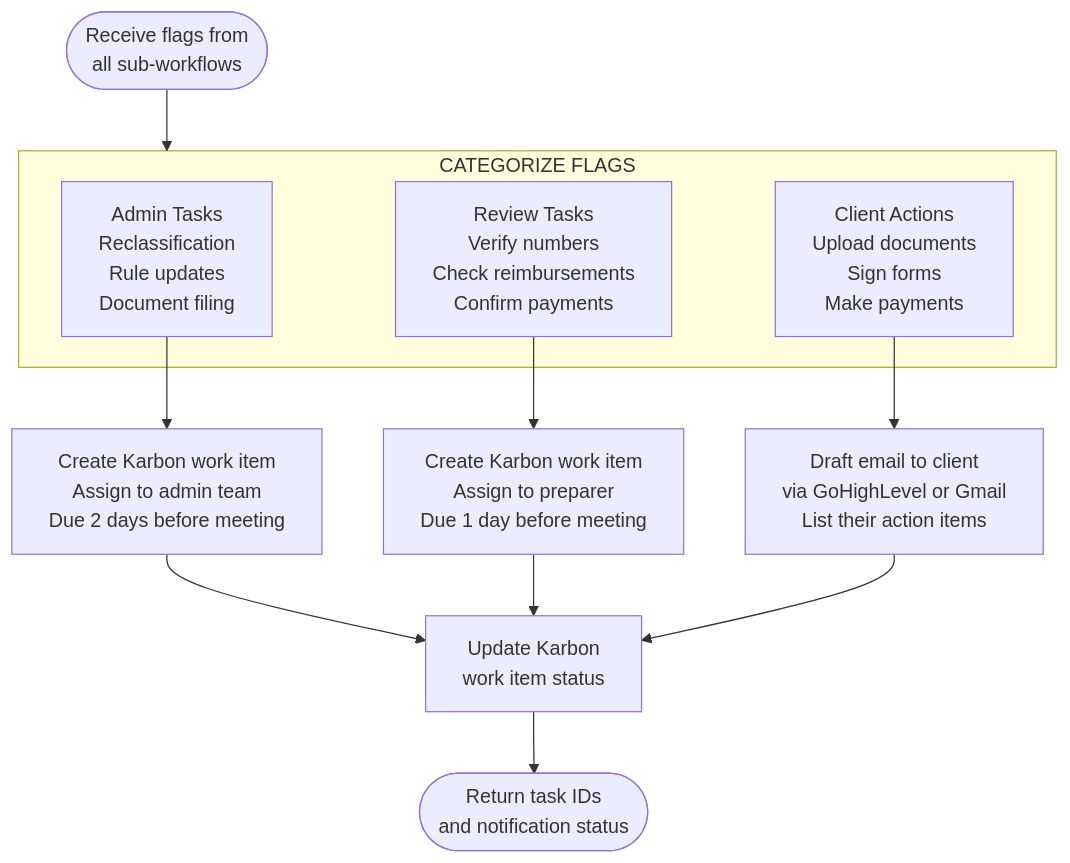
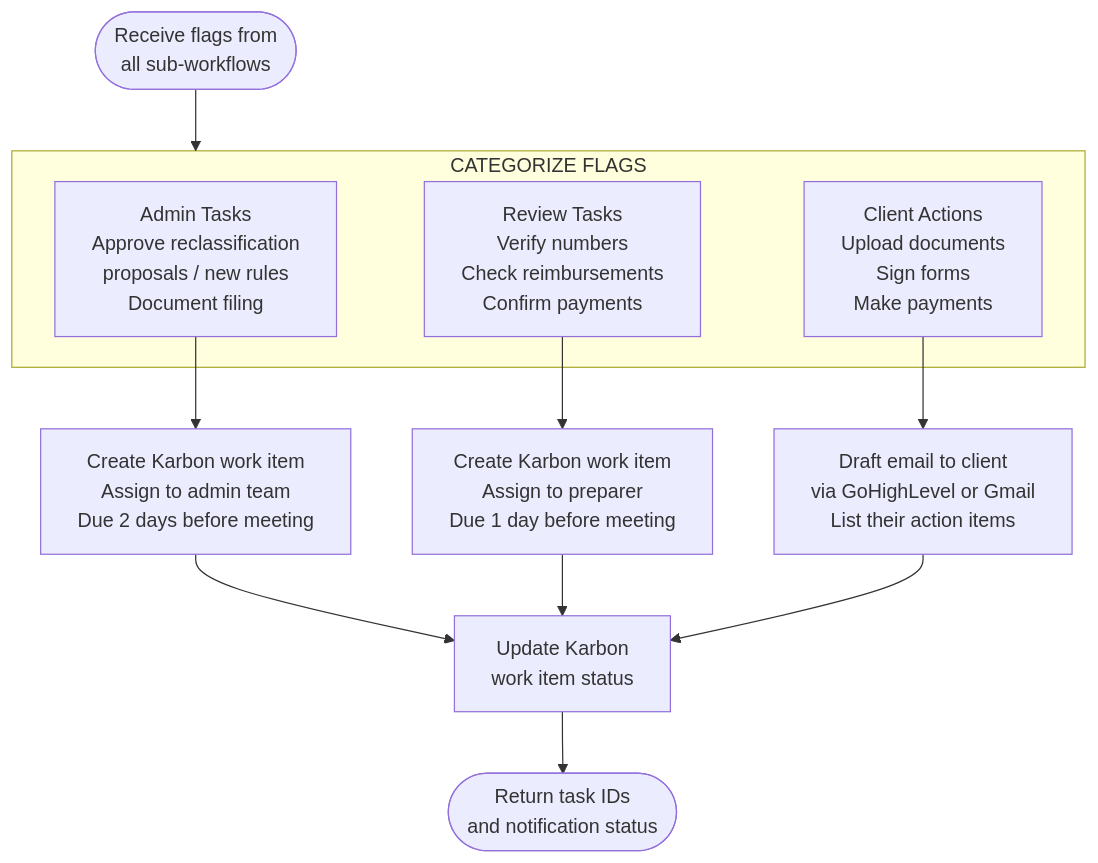
Before and after one commit to dkinvestments-art/n8n: diagram 11 of 23 in docs/quarterly-meeting-automation/05-Comprehensive-Workflow-Documentation.md, drawn with Mermaid. The commit also changed other lines of this file, not shown here.

````diff
--- a/docs/quarterly-meeting-automation/05-Comprehensive-Workflow-Documentation.md
+++ b/docs/quarterly-meeting-automation/05-Comprehensive-Workflow-Documentation.md
@@ -591,20 +605,20 @@
 ```mermaid
 flowchart TD
     IN([Receive flags from<br/>all sub-workflows]) --> CATEGORIZE
 
     subgraph CATEGORIZE["CATEGORIZE FLAGS"]
-        ADMIN[Admin Tasks<br/>Reclassification<br/>Rule updates<br/>Document filing]
+        ADMIN[Admin Tasks<br/>Approve reclassification<br/>proposals / new rules<br/>Document filing]
         REVIEW[Review Tasks<br/>Verify numbers<br/>Check reimbursements<br/>Confirm payments]
         CLIENT_A[Client Actions<br/>Upload documents<br/>Sign forms<br/>Make payments]
     end
 
     ADMIN --> KARBON_ADMIN[Create Karbon work item<br/>Assign to admin team<br/>Due 2 days before meeting]
     REVIEW --> KARBON_REVIEW[Create Karbon work item<br/>Assign to preparer<br/>Due 1 day before meeting]
     CLIENT_A --> GHL[Draft email to client<br/>via GoHighLevel or Gmail<br/>List their action items]
 
     KARBON_ADMIN --> KARBON_UPDATE[Update Karbon<br/>work item status]
     KARBON_REVIEW --> KARBON_UPDATE
     GHL --> KARBON_UPDATE
 
     KARBON_UPDATE --> OUT([Return task IDs<br/>and notification status])
 ```
````
